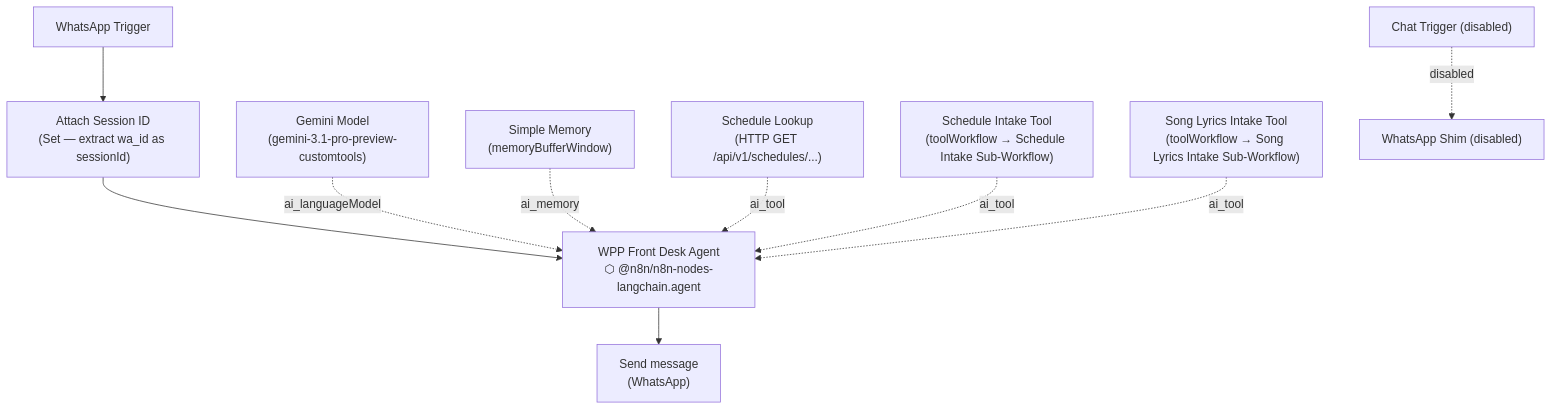
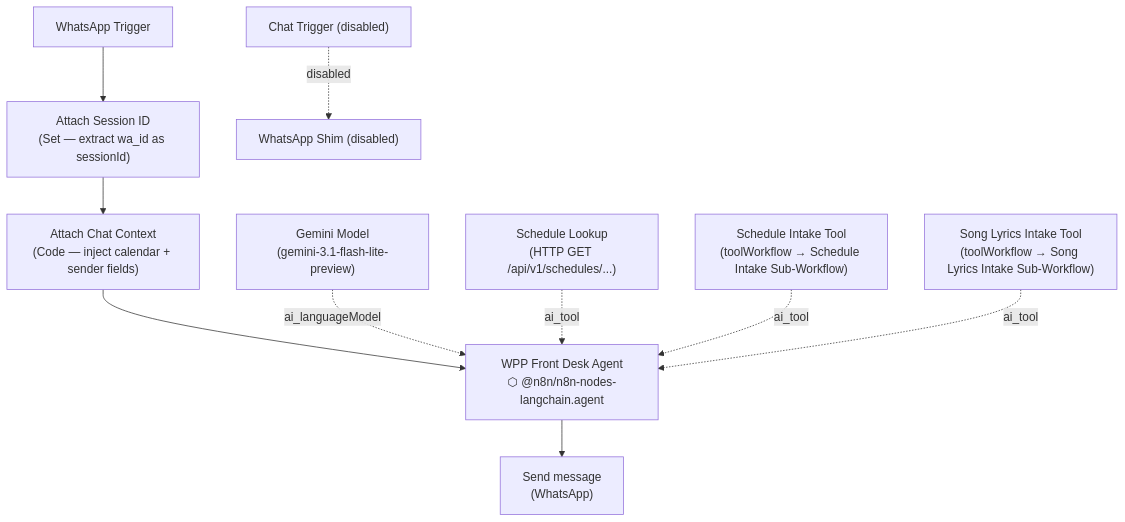
The diagram in n8n/workflow/worship-prep-platform-dev.md (nicksspirit/worship-prep-platform), drawn with Mermaid before and after one commit. The commit also changed other lines of this file and 7 other files, not shown here.

Commit message:
Updated the prompts and diagrams of n8n workflows

````diff
--- a/n8n/workflow/worship-prep-platform-dev.md
+++ b/n8n/workflow/worship-prep-platform-dev.md
@@ -9,24 +10,23 @@
 ```mermaid
 flowchart TD
     whatsapp["WhatsApp Trigger"]
     attachId["Attach Session ID\n(Set — extract wa_id as sessionId)"]
+    attachCtx["Attach Chat Context\n(Code — inject calendar + sender fields)"]
     frontDesk["WPP Front Desk Agent\n⬡ @n8n/n8n-nodes-langchain.agent"]
-    gemini["Gemini Model\n(gemini-3.1-pro-preview-customtools)"]
-    memory["Simple Memory\n(memoryBufferWindow)"]
+    gemini["Gemini Model\n(gemini-3.1-flash-lite-preview)"]
     scheduleLookup["Schedule Lookup\n(HTTP GET /api/v1/schedules/...)"]
     scheduleIntakeTool["Schedule Intake Tool\n(toolWorkflow → Schedule Intake Sub-Workflow)"]
     lyricsIntakeTool["Song Lyrics Intake Tool\n(toolWorkflow → Song Lyrics Intake Sub-Workflow)"]
     sendMsg["Send message\n(WhatsApp)"]
     chatTrigger["Chat Trigger (disabled)"]
     shimNode["WhatsApp Shim (disabled)"]
 
-    whatsapp --> attachId --> frontDesk --> sendMsg
+    whatsapp --> attachId --> attachCtx --> frontDesk --> sendMsg
 
     gemini -. ai_languageModel .-> frontDesk
-    memory -. ai_memory .-> frontDesk
     scheduleLookup -. ai_tool .-> frontDesk
     scheduleIntakeTool -. ai_tool .-> frontDesk
     lyricsIntakeTool -. ai_tool .-> frontDesk
 
     chatTrigger -. disabled .-> shimNode
 ```
````
